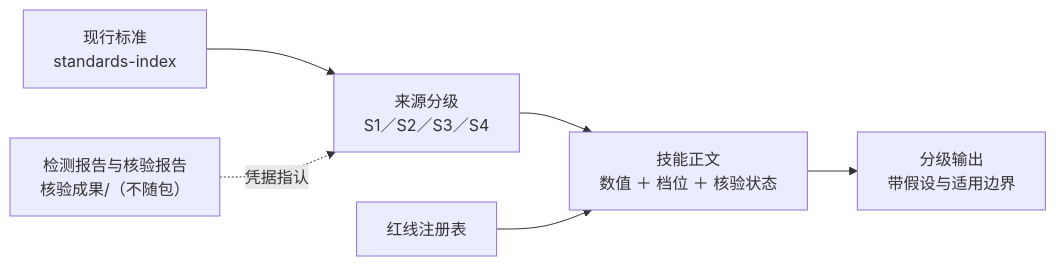
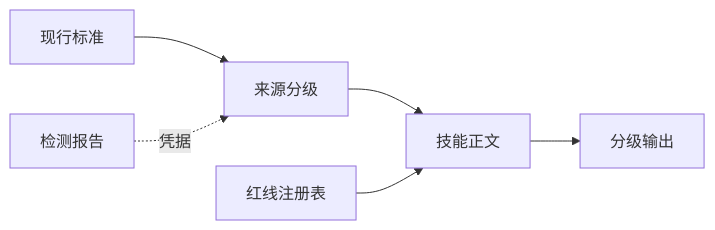
Before and after one commit to eiway112/prefab-interior-agent: the fourth of 5 diagrams in README.md, drawn with Mermaid. The commit also changed other lines of this file and 1 other file, not shown here.

First line of the commit message:
feat(公开面): 修复 README 流程图文字截断并校正事实（派生自开发仓 8c5f696）

````diff
--- a/README.md
+++ b/README.md
@@ -172,8 +181,8 @@
 ```mermaid
 flowchart LR
-    STD["现行标准<br/>standards-index"] --> CLS["来源分级<br/>S1／S2／S3／S4"]
-    RPT["检测报告与核验报告<br/>核验成果/（不随包）"] -. "凭据指认" .-> CLS
-    CLS --> BODY["技能正文<br/>数值 ＋ 档位 ＋ 核验状态"]
+    STD["现行标准"] --> CLS["来源分级"]
+    RPT["检测报告"] -. "凭据" .-> CLS
+    CLS --> BODY["技能正文"]
     RED["红线注册表"] --> BODY
-    BODY --> OUT["分级输出<br/>带假设与适用边界"]
+    BODY --> OUT["分级输出"]
 ```
````
